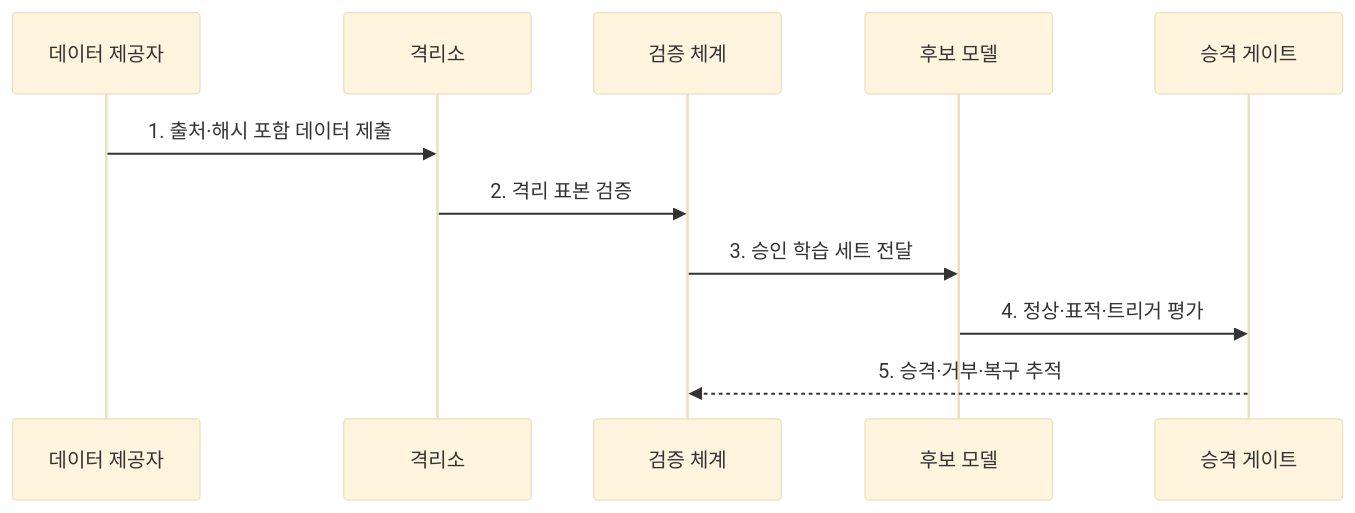
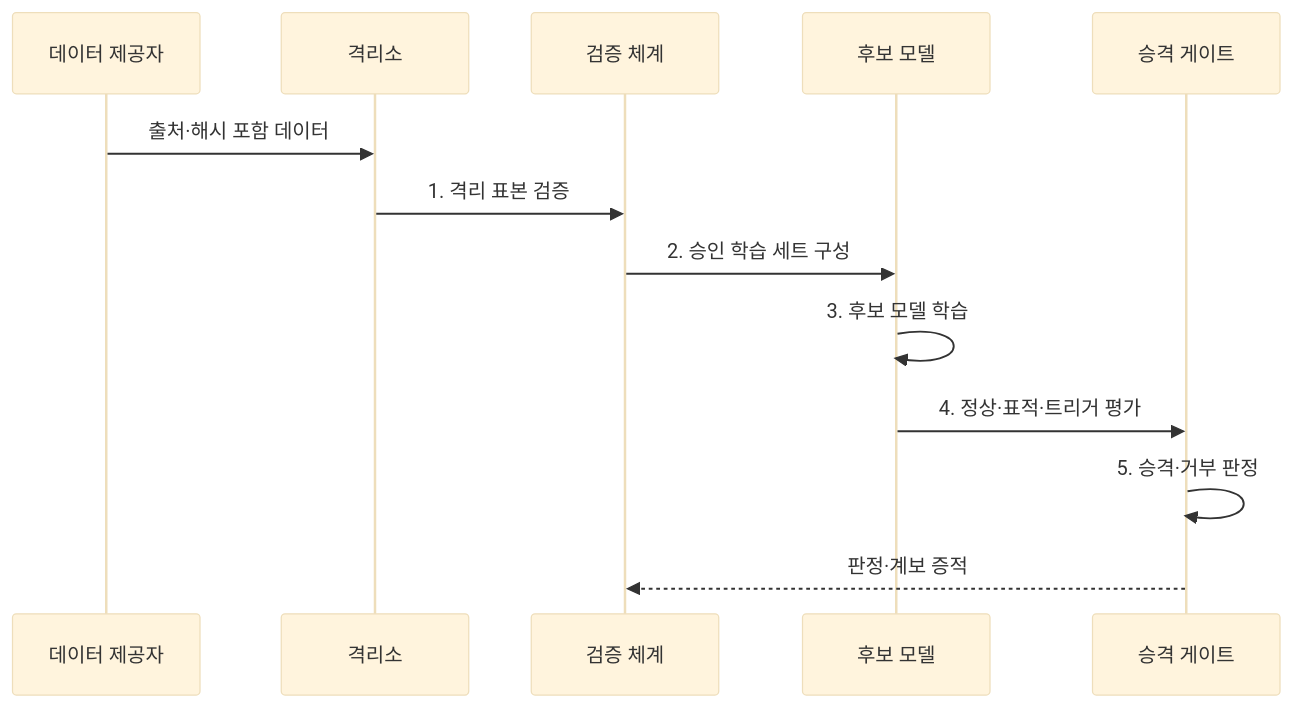
One commit to agnusdei1207/knowledge-base changed the second of 2 diagrams in src/content/docs/notes/05-security/084_data_poisoning.md. Above: the diagram before and after it, drawn with Mermaid (base theme). The commit also changed other lines of this file and 20 other files, not shown here.

````diff
--- a/src/content/docs/notes/05-security/084_data_poisoning.md
+++ b/src/content/docs/notes/05-security/084_data_poisoning.md
@@ -88,13 +88,15 @@
 ```mermaid
 sequenceDiagram
     participant S as 데이터 제공자
     participant Q as 격리소
     participant V as 검증 체계
     participant M as 후보 모델
     participant G as 승격 게이트
-    S->>Q: 1. 출처·해시 포함 데이터 제출
-    Q->>V: 2. 격리 표본 검증
-    V->>M: 3. 승인 학습 세트 전달
+    S->>Q: 출처·해시 포함 데이터
+    Q->>V: 1. 격리 표본 검증
+    V->>M: 2. 승인 학습 세트 구성
+    M->>M: 3. 후보 모델 학습
     M->>G: 4. 정상·표적·트리거 평가
-    G-->>V: 5. 승격·거부·복구 추적
+    G->>G: 5. 승격·거부 판정
+    G-->>V: 판정·계보 증적
 ```
````
